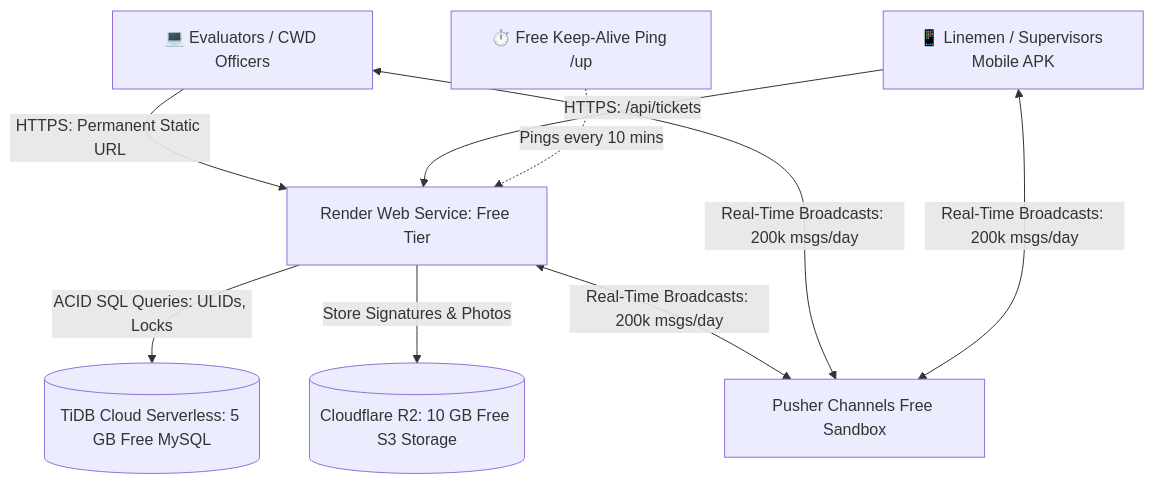
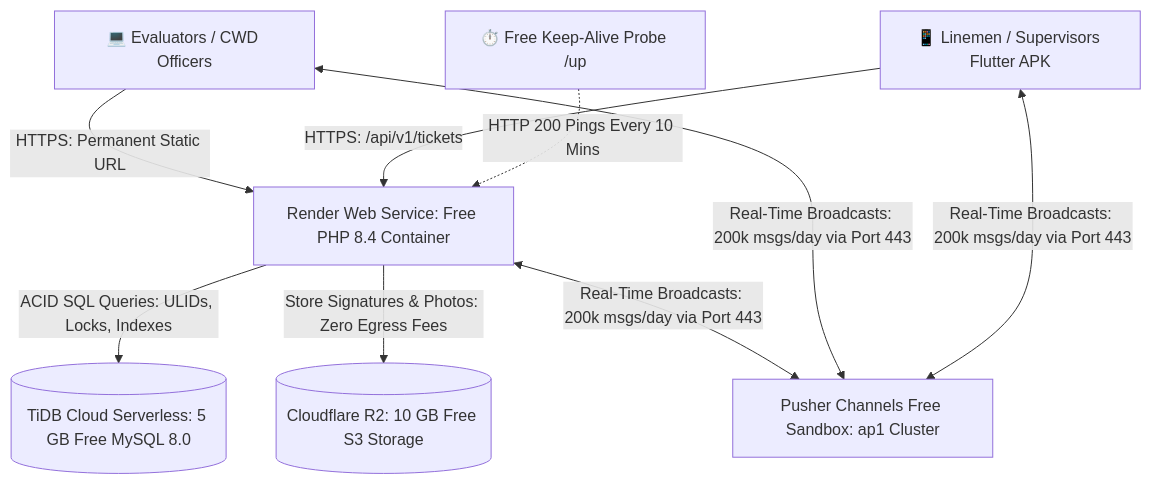
One commit to FernandezCorporate/-NEW-CRM-PALECO changed the diagram in docs/dev/CLOUD_DEPLOYMENT_AND_UAT_MASTER_GUIDE.md. Above: the diagram before and after it, drawn with Mermaid. The commit also changed other lines of this file and 15 other files, not shown here.

````diff
--- a/docs/dev/CLOUD_DEPLOYMENT_AND_UAT_MASTER_GUIDE.md
+++ b/docs/dev/CLOUD_DEPLOYMENT_AND_UAT_MASTER_GUIDE.md
@@ -14,12 +15,12 @@
 ```mermaid
 graph TD
-    UserWeb[💻 Evaluators / CWD Officers] -->|HTTPS: Permanent Static URL| Render[Render Web Service: Free Tier]
-    UserMobile[📱 Linemen / Supervisors Mobile APK] -->|HTTPS: /api/tickets| Render
+    UserWeb[💻 Evaluators / CWD Officers] -->|HTTPS: Permanent Static URL| Render[Render Web Service: Free PHP 8.4 Container]
+    UserMobile[📱 Linemen / Supervisors Flutter APK] -->|HTTPS: /api/v1/tickets| Render
     
-    Render -->|ACID SQL Queries: ULIDs, Locks| TiDB[(TiDB Cloud Serverless: 5 GB Free MySQL)]
-    Render -->|Store Signatures & Photos| R2[(Cloudflare R2: 10 GB Free S3 Storage)]
+    Render -->|ACID SQL Queries: ULIDs, Locks, Indexes| TiDB[(TiDB Cloud Serverless: 5 GB Free MySQL 8.0)]
+    Render -->|Store Signatures & Photos: Zero Egress Fees| R2[(Cloudflare R2: 10 GB Free S3 Storage)]
     
-    Render & UserWeb & UserMobile <-->|Real-Time Broadcasts: 200k msgs/day| Pusher[Pusher Channels Free Sandbox]
+    Render & UserWeb & UserMobile <-->|Real-Time Broadcasts: 200k msgs/day via Port 443| Pusher[Pusher Channels Free Sandbox: ap1 Cluster]
     
-    UptimeRobot[⏱️ Free Keep-Alive Ping /up] -.->|Pings every 10 mins| Render
+    UptimeRobot[⏱️ Free Keep-Alive Probe /up] -.->|HTTP 200 Pings Every 10 Mins| Render
 ```
````
